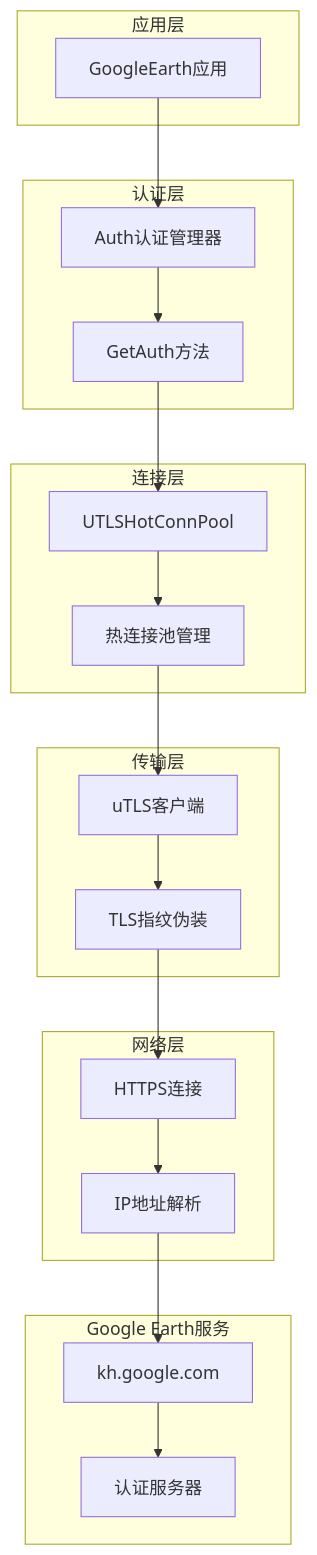
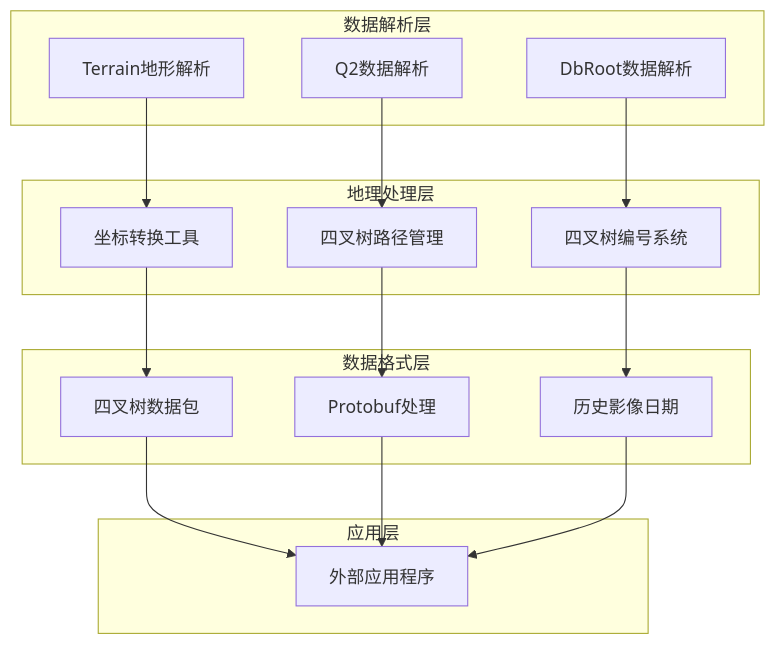
One commit to vistone/crawler-platform changed the third of 16 diagrams in .qoder/repowiki/zh/content/核心功能/Google Earth 认证.md. Above: the diagram before and after it, drawn with Mermaid. The commit also changed other lines of this file and 40 other files, not shown here.

````diff
--- a/.qoder/repowiki/zh/content/核心功能/Google Earth 认证.md
+++ b/.qoder/repowiki/zh/content/核心功能/Google Earth 认证.md
@@ -130,36 +135,30 @@
 ```mermaid
 graph TB
+subgraph "数据解析层"
+A[Terrain地形解析]
+B[Q2数据解析]
+C[DbRoot数据解析]
+end
+subgraph "地理处理层"
+D[坐标转换工具]
+E[四叉树路径管理]
+F[四叉树编号系统]
+end
+subgraph "数据格式层"
+G[四叉树数据包]
+H[Protobuf处理]
+I[历史影像日期]
+end
 subgraph "应用层"
-A[GoogleEarth应用]
+J[外部应用程序]
 end
-subgraph "认证层"
-B[Auth认证管理器]
-C[GetAuth方法]
-end
-subgraph "连接层"
-D[UTLSHotConnPool]
-E[热连接池管理]
-end
-subgraph "传输层"
-F[uTLS客户端]
-G[TLS指纹伪装]
-end
-subgraph "网络层"
-H[HTTPS连接]
-I[IP地址解析]
-end
-subgraph "Google Earth服务"
-J[kh.google.com]
-K[认证服务器]
-end
-A --> B
-B --> C
-C --> D
-D --> E
-E --> F
-F --> G
-G --> H
-H --> I
+A --> D
+B --> E
+C --> F
+D --> G
+E --> H
+F --> I
+G --> J
+H --> J
 I --> J
-J --> K
 ```
````
